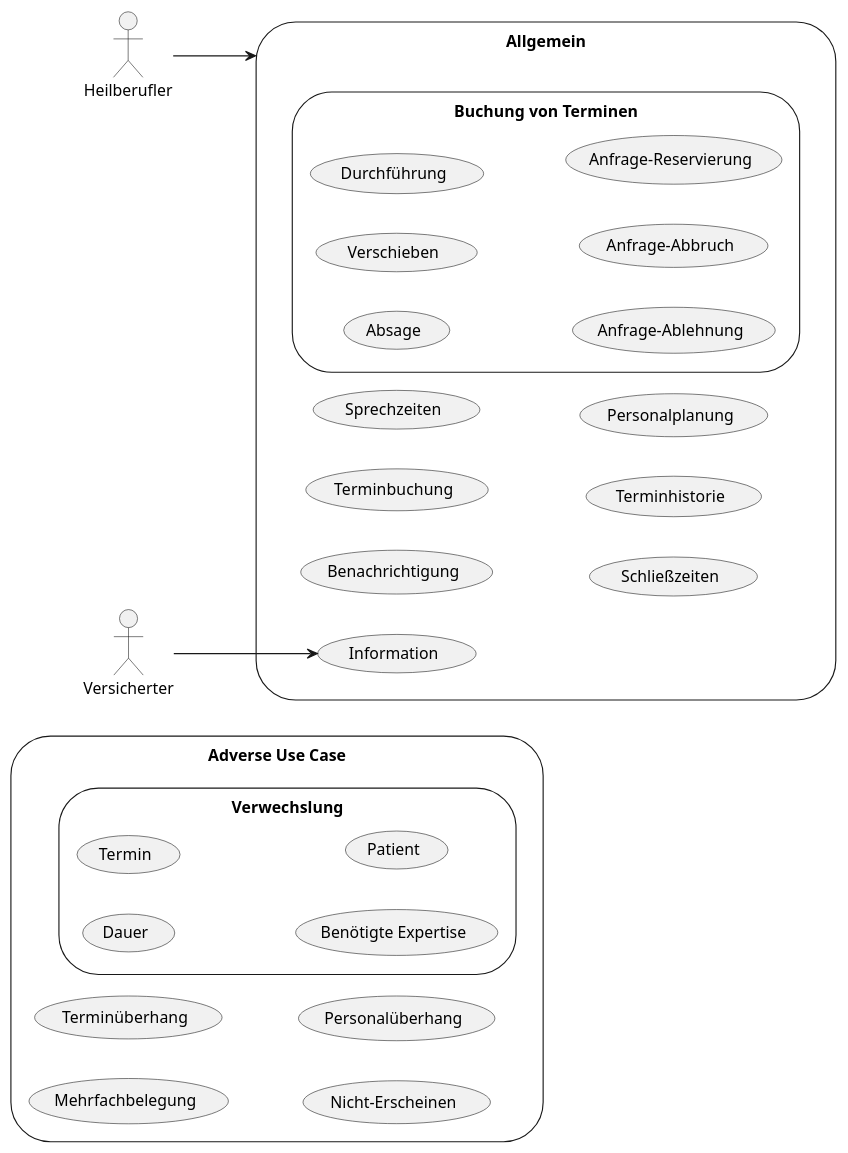
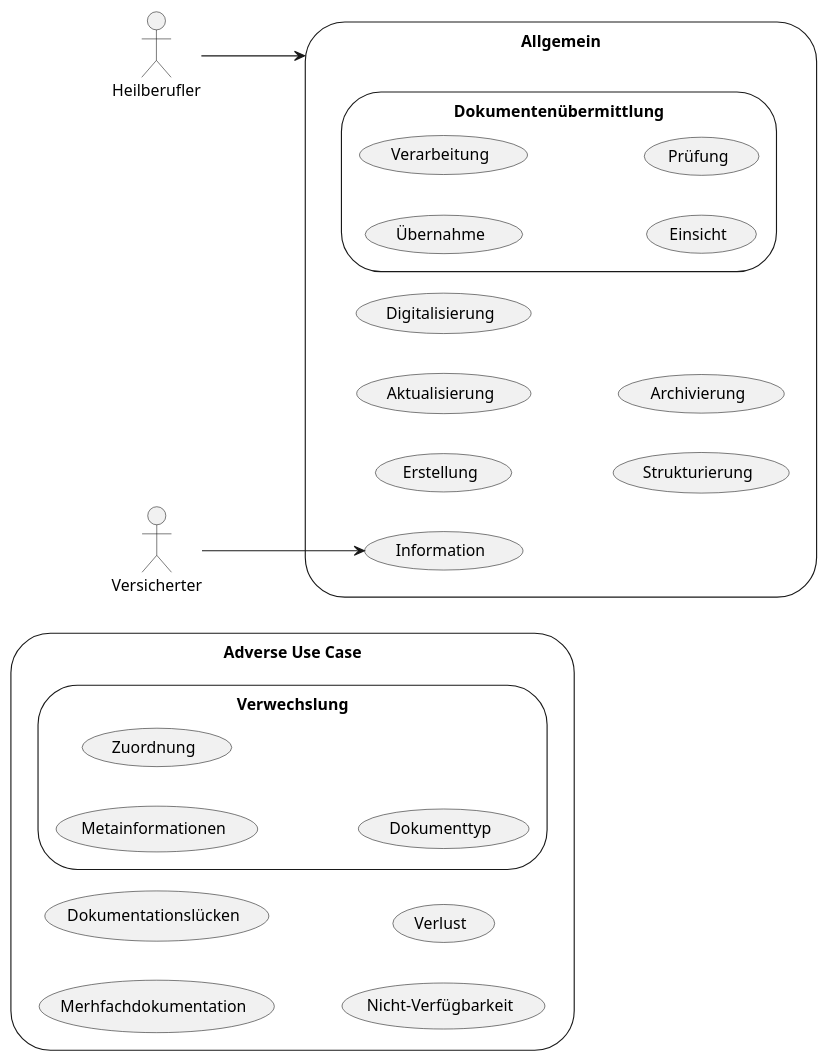
One commit to gematik/spec-ISiK-Dokumentenaustausch changed the diagram in Material/images/src/plantuml/usecases.puml. Above: the diagram before and after it, drawn with PlantUML. The commit also changed 8 other files, not shown here.

```diff
--- a/Material/images/src/plantuml/usecases.puml
+++ b/Material/images/src/plantuml/usecases.puml
@@ -15,45 +15,41 @@
 @startuml usecases
 left to right direction
 'skinparam packageStyle cloud
 'skinparam linetype ortho
 
 'actor :FHIR Repository: as DB << Application >>
 actor :Heilberufler:
 actor :Versicherter:
 storage adverseUC as "Adverse Use Case" {
     storage (Verwechslung){
-        (Dauer)
-        (Termin)
-        (Benötigte Expertise)
-        (Patient)
+        (Metainformationen)
+        (Zuordnung)
+        (Dokumenttyp)
     }
-    (Mehrfachbelegung)
-    (Terminüberhang)
-    (Nicht-Erscheinen)
-    (Personalüberhang)
+    (Merhfachdokumentation)
+    (Dokumentationslücken)
+    (Nicht-Verfügbarkeit)
+    (Verlust)
 }
 
 storage gnrlUC as "Allgemein" {
     (Information)
-    (Benachrichtigung)
-    (Terminbuchung)
-    (Sprechzeiten)
-    (Schließzeiten)
-    (Terminhistorie)
-    (Personalplanung)
-    storage booKUC as "Buchung von Terminen"{
-        (Absage) 
-        (Verschieben)
-        (Durchführung)
-        (Anfrage-Ablehnung)
-        (Anfrage-Abbruch)
-        (Anfrage-Reservierung)
+    (Erstellung)
+    (Aktualisierung)
+    (Digitalisierung)
+    (Strukturierung)
+    (Archivierung)
+    storage booKUC as "Dokumentenübermittlung"{
+        (Übernahme) 
+        (Verarbeitung)
+        (Einsicht)
+        (Prüfung)
     }
 }
 
 Heilberufler --> gnrlUC
 Versicherter --> Information
 
 'fncts --> adverseUC : mitigates
 'fncts --> gnrlUC : enables
 @enduml
```
